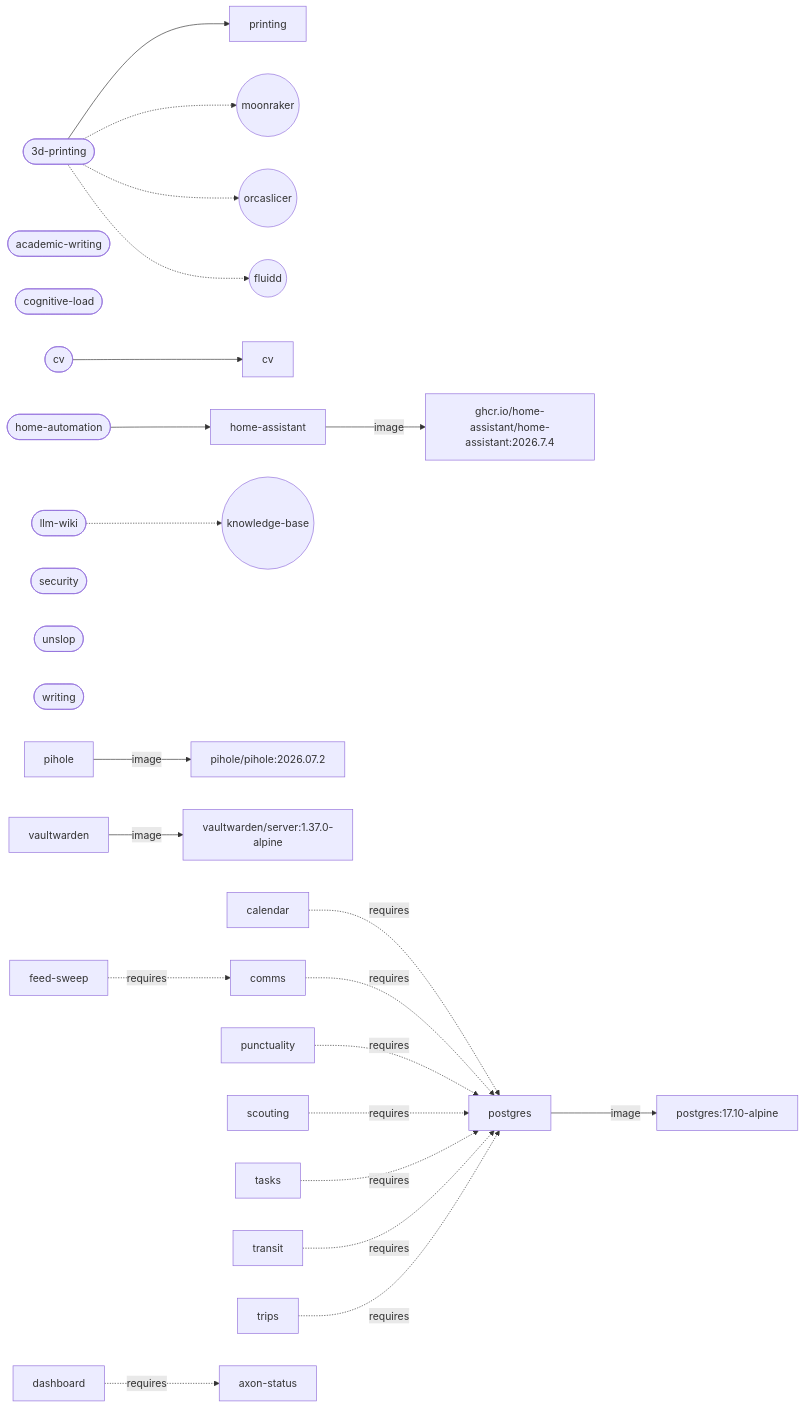
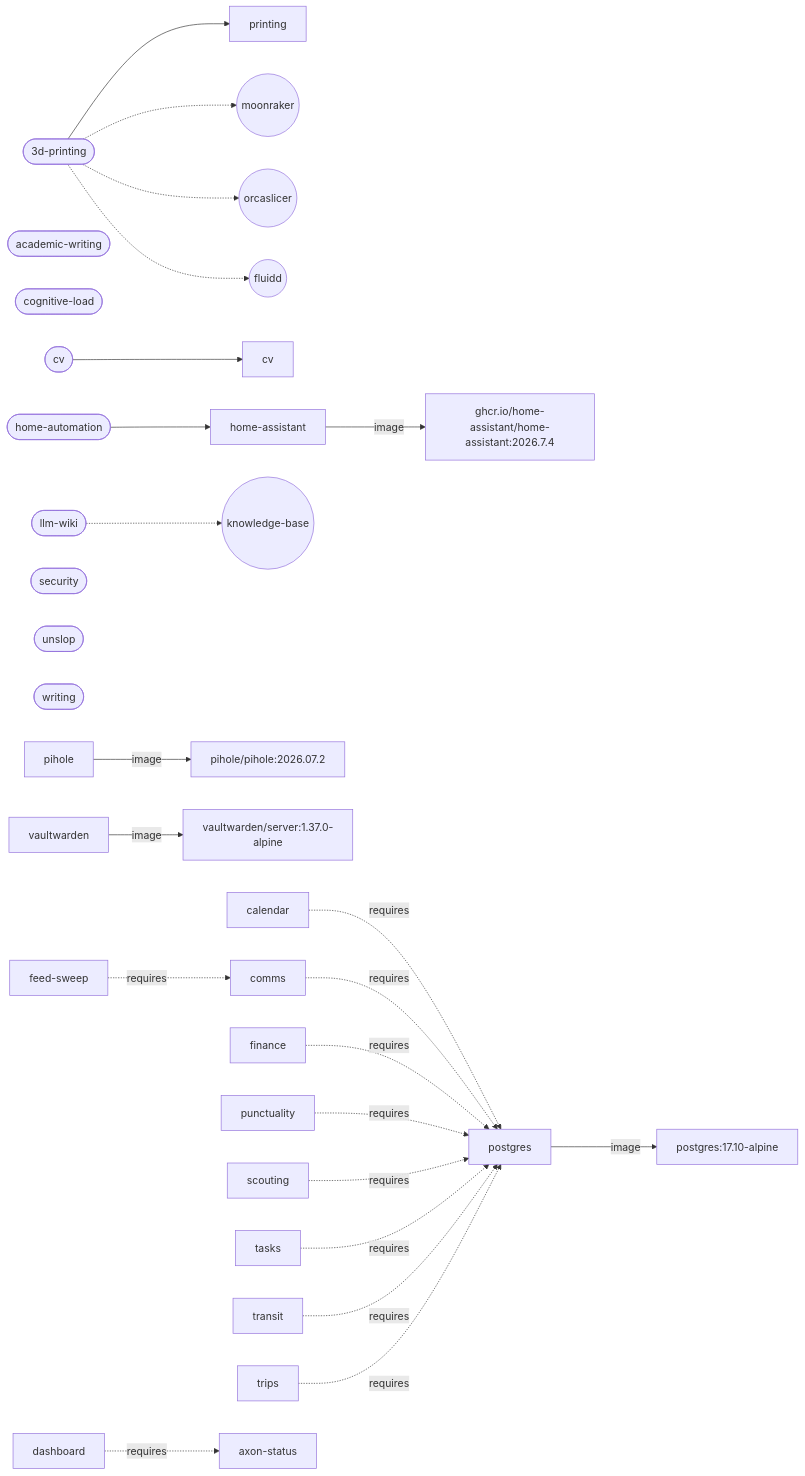
One commit to larsboes/Axon changed the diagram in ARCHITECTURE.md. Above: the diagram before and after it, drawn with Mermaid. The commit also changed other lines of this file and 15 other files, not shown here.

````diff
--- a/ARCHITECTURE.md
+++ b/ARCHITECTURE.md
@@ -128,32 +129,33 @@
 ```mermaid
 flowchart LR
   pack_3d_printing(["3d-printing"])
   pack_3d_printing --> cap_printing["printing"]
   pack_3d_printing -.-> sys_moonraker(("moonraker"))
   pack_3d_printing -.-> sys_orcaslicer(("orcaslicer"))
   pack_3d_printing -.-> sys_fluidd(("fluidd"))
   pack_academic_writing(["academic-writing"])
   pack_cognitive_load(["cognitive-load"])
   pack_cv(["cv"])
   pack_cv --> cap_cv["cv"]
   pack_home_automation(["home-automation"])
   pack_home_automation --> cap_home_assistant["home-assistant"]
   pack_llm_wiki(["llm-wiki"])
   pack_llm_wiki -.-> sys_knowledge_base(("knowledge-base"))
   pack_security(["security"])
   pack_unslop(["unslop"])
   pack_writing(["writing"])
   cap_home_assistant["home-assistant"] -->|image| img_ghcr_io_home_assistant_home_assistant["ghcr.io/home-assistant/home-assistant:2026.7.4"]
   cap_pihole["pihole"] -->|image| img_pihole_pihole["pihole/pihole:2026.07.2"]
   cap_postgres["postgres"] -->|image| img_postgres["postgres:17.10-alpine"]
   cap_vaultwarden["vaultwarden"] -->|image| img_vaultwarden_server["vaultwarden/server:1.37.0-alpine"]
   cap_calendar["calendar"] -.->|requires| cap_postgres["postgres"]
   cap_comms["comms"] -.->|requires| cap_postgres["postgres"]
   cap_feed_sweep["feed-sweep"] -.->|requires| cap_comms["comms"]
+  cap_finance["finance"] -.->|requires| cap_postgres["postgres"]
   cap_punctuality["punctuality"] -.->|requires| cap_postgres["postgres"]
   cap_scouting["scouting"] -.->|requires| cap_postgres["postgres"]
   cap_tasks["tasks"] -.->|requires| cap_postgres["postgres"]
   cap_transit["transit"] -.->|requires| cap_postgres["postgres"]
   cap_trips["trips"] -.->|requires| cap_postgres["postgres"]
   cap_dashboard["dashboard"] -.->|requires| cap_axon_status["axon-status"]
 ```
````
